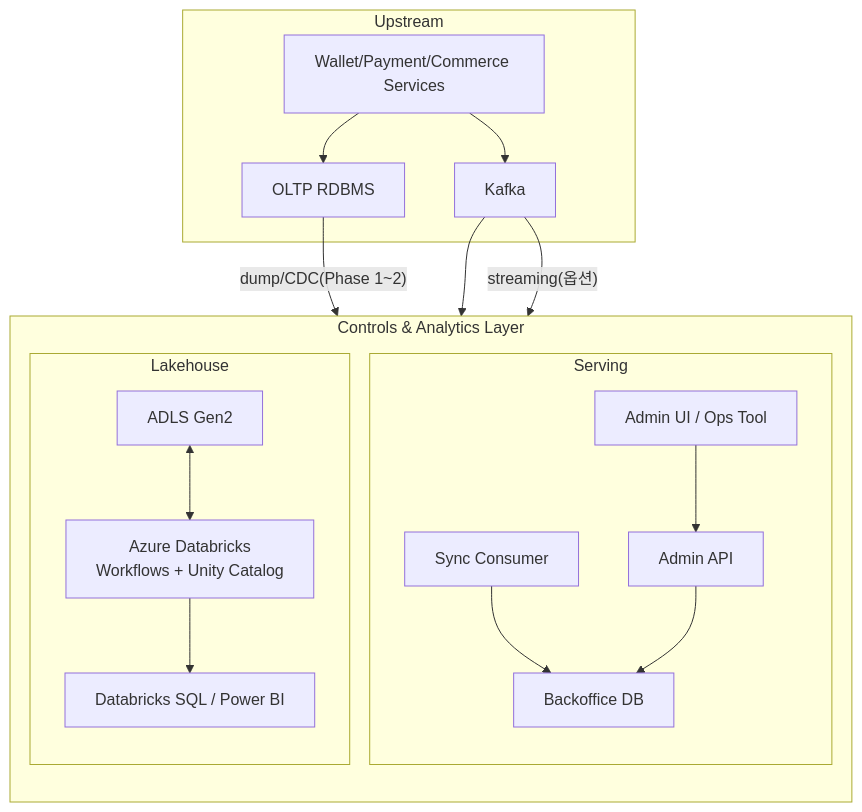
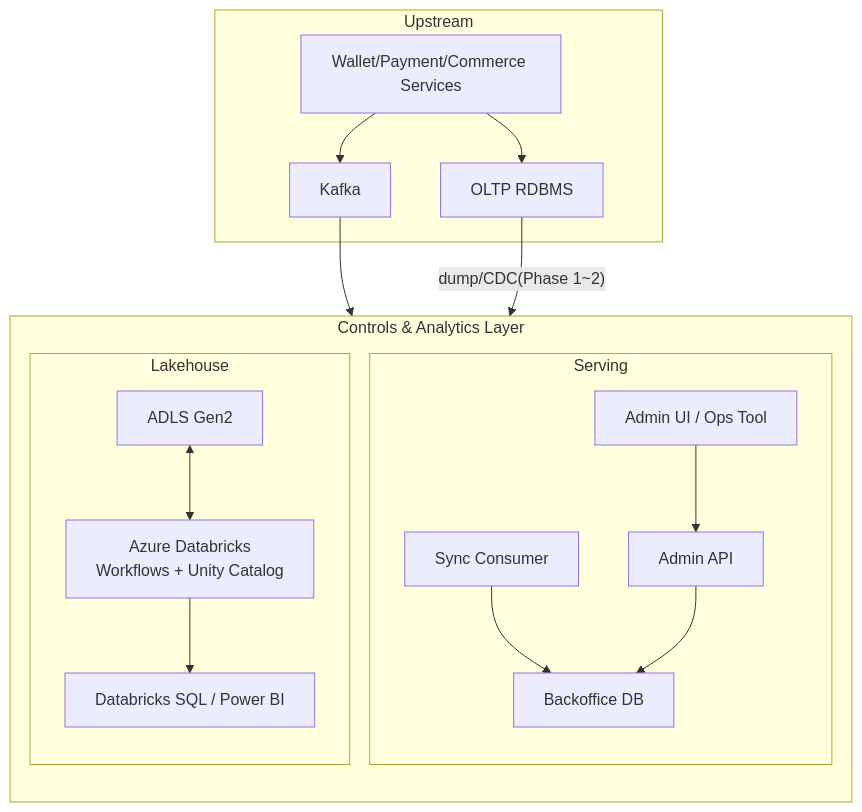
Before and after one commit to Naver-Dunamu-Merge-TF/NSC-Document: the first of 4 diagrams in Document Standardization Page/2. 시스템 설계 단계 (System Design)/2.1.1 통제 및 분석 레이어 아키텍쳐 (controls analytics layer architecture).md, drawn with Mermaid. The commit also changed other lines of this file, not shown here.

First line of the commit message:
Refine analytics layer architecture and flowchart

````diff
--- a/Document Standardization Page/2. 시스템 설계 단계 (System Design)/2.1.1 통제 및 분석 레이어 아키텍쳐 (controls analytics layer architecture).md
+++ b/Document Standardization Page/2. 시스템 설계 단계 (System Design)/2.1.1 통제 및 분석 레이어 아키텍쳐 (controls analytics layer architecture).md
@@ -40,41 +40,40 @@
 ```mermaid
 flowchart TB
   %% ======================
   %% Upstream
   %% ======================
   subgraph U["Upstream"]
     SVC["Wallet/Payment/Commerce Services"]
     OLTP["OLTP RDBMS"]
     BUS["Kafka"]
     SVC --> OLTP
     SVC --> BUS
   end
 
   %% ======================
   %% Controls & Analytics Layer
   %% ======================
   subgraph OPS["Controls & Analytics Layer"]
     direction TB
 
     subgraph SV["Serving"]
       CSM["Sync Consumer"]
       BODB["Backoffice DB"]
       API["Admin API"]
       UI["Admin UI / Ops Tool"]
       BUS --> CSM
       CSM --> BODB
       API --> BODB
       UI --> API
     end
 
     subgraph LH["Lakehouse"]
       ADLS["ADLS Gen2"]
       DBX["Azure Databricks<br/>Workflows + Unity Catalog"]
       CONS["Databricks SQL / Power BI"]
       OLTP -- "dump/CDC(Phase 1~2)" --> ADLS
-      BUS -- "streaming(옵션)" --> DBX
       ADLS <--> DBX
       DBX --> CONS
     end
   end
 ```
````
